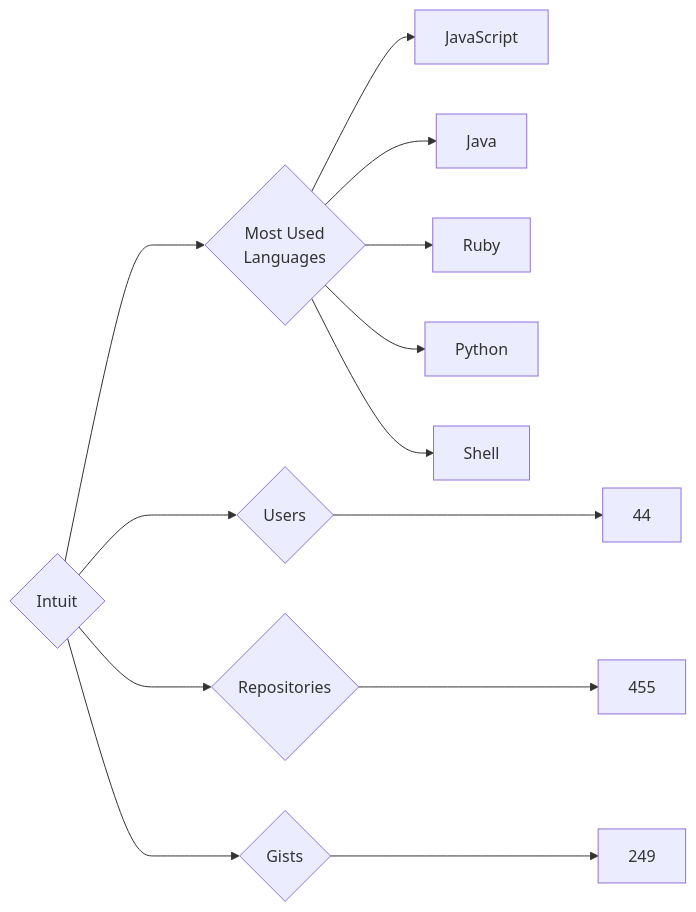
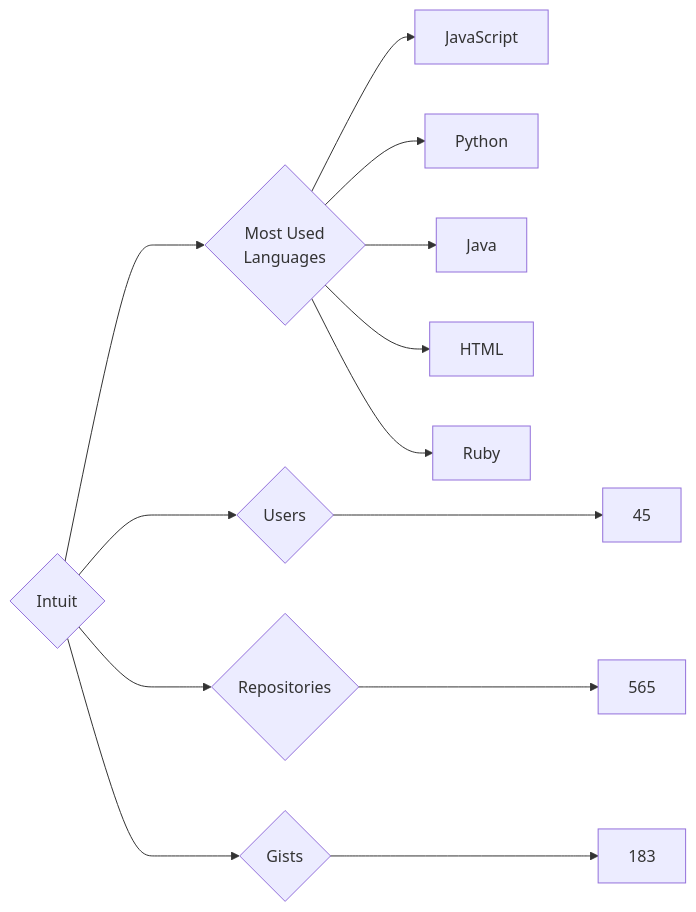
The diagram in targets/Intuit/README.md (trickest/insiders), drawn with Mermaid before and after one commit. The commit also changed 934 other files, not shown here.

````diff
--- a/targets/Intuit/README.md
+++ b/targets/Intuit/README.md
@@ -3,13 +3,13 @@
 ```mermaid
 graph LR
 COMPANY_NAME{Intuit}
-COMPANY_NAME ---> U{Users} ---> UN[44]
-COMPANY_NAME ---> R{Repositories} ---> RN[455]
-COMPANY_NAME ---> G{Gists} ---> GN[249]
+COMPANY_NAME ---> U{Users} ---> UN[45]
+COMPANY_NAME ---> R{Repositories} ---> RN[565]
+COMPANY_NAME ---> G{Gists} ---> GN[183]
 COMPANY_NAME ---> ML{Most Used<br>Languages}
 ML --> JavaScript[JavaScript]
+ML --> Python[Python]
 ML --> Java[Java]
+ML --> HTML[HTML]
 ML --> Ruby[Ruby]
-ML --> Python[Python]
-ML --> Shell[Shell]
 ```
````
